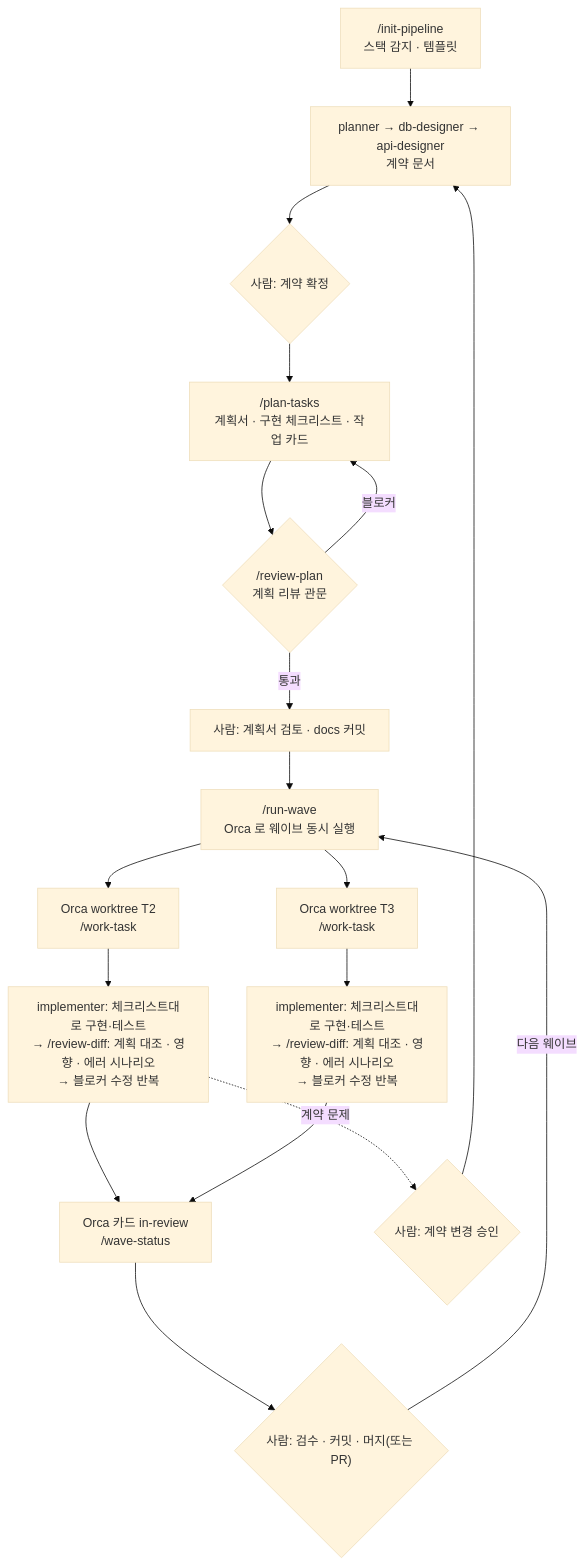
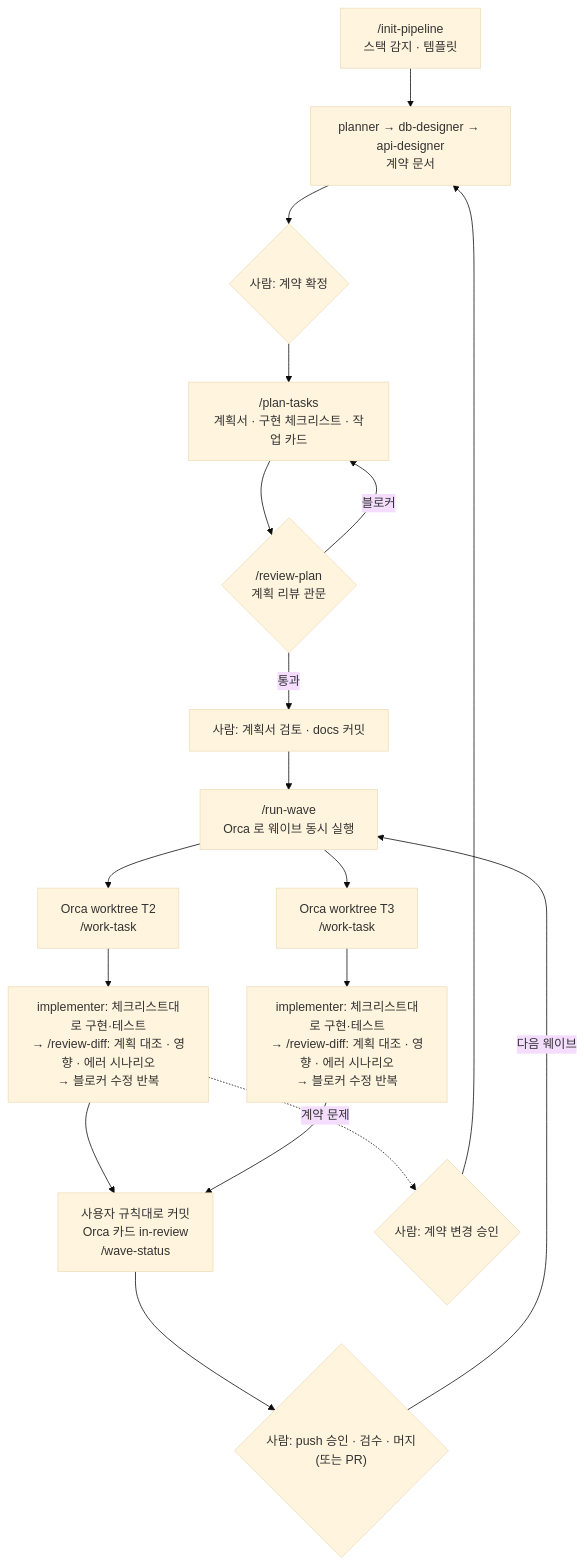
The diagram in plugins/dev-pipeline/README.md (HiSoo38/claude-toolkit), drawn with Mermaid (base theme) before and after one commit. The commit also changed other lines of this file, not shown here.

First line of the commit message:
docs(dev-pipeline): 작업 브랜치 커밋과 push 확인 흐름을 README 에 반영

````diff
--- a/plugins/dev-pipeline/README.md
+++ b/plugins/dev-pipeline/README.md
@@ -251,20 +255,20 @@
 ```mermaid
 flowchart TD
     A["/init-pipeline<br/>스택 감지 · 템플릿"] --> B["planner → db-designer → api-designer<br/>계약 문서"]
     B --> H1{"사람: 계약 확정"}
     H1 --> P["/plan-tasks<br/>계획서 · 구현 체크리스트 · 작업 카드"]
     P --> PR{"/review-plan<br/>계획 리뷰 관문"}
     PR -->|블로커| P
     PR -->|통과| C1["사람: 계획서 검토 · docs 커밋"]
     C1 --> R["/run-wave<br/>Orca 로 웨이브 동시 실행"]
     R --> W1["Orca worktree T2<br/>/work-task"]
     R --> W2["Orca worktree T3<br/>/work-task"]
     W1 --> L1["implementer: 체크리스트대로 구현·테스트<br/>→ /review-diff: 계획 대조 · 영향 · 에러 시나리오<br/>→ 블로커 수정 반복"]
     W2 --> L2["implementer: 체크리스트대로 구현·테스트<br/>→ /review-diff: 계획 대조 · 영향 · 에러 시나리오<br/>→ 블로커 수정 반복"]
-    L1 --> S["Orca 카드 in-review<br/>/wave-status"]
+    L1 --> S["사용자 규칙대로 커밋<br/>Orca 카드 in-review<br/>/wave-status"]
     L2 --> S
-    S --> H2{"사람: 검수 · 커밋 · 머지(또는 PR)"}
+    S --> H2{"사람: push 승인 · 검수 · 머지(또는 PR)"}
     H2 -->|다음 웨이브| R
     L1 -.->|계약 문제| X{"사람: 계약 변경 승인"}
     X --> B
 ```
````
